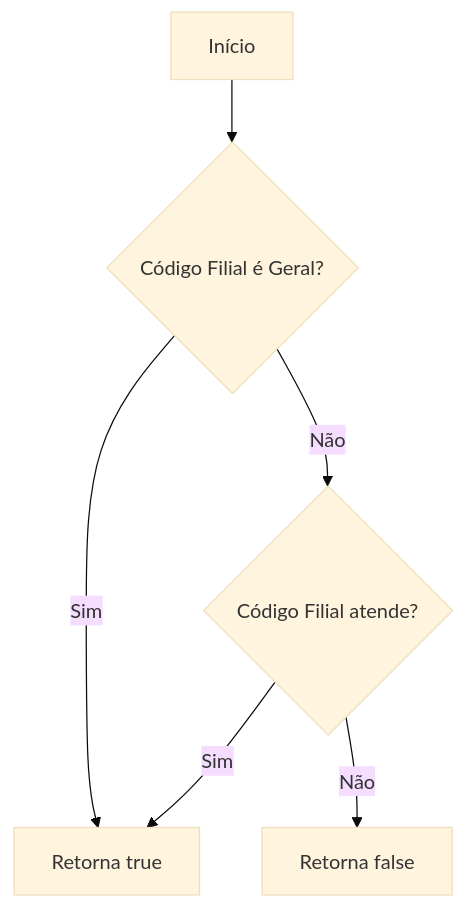
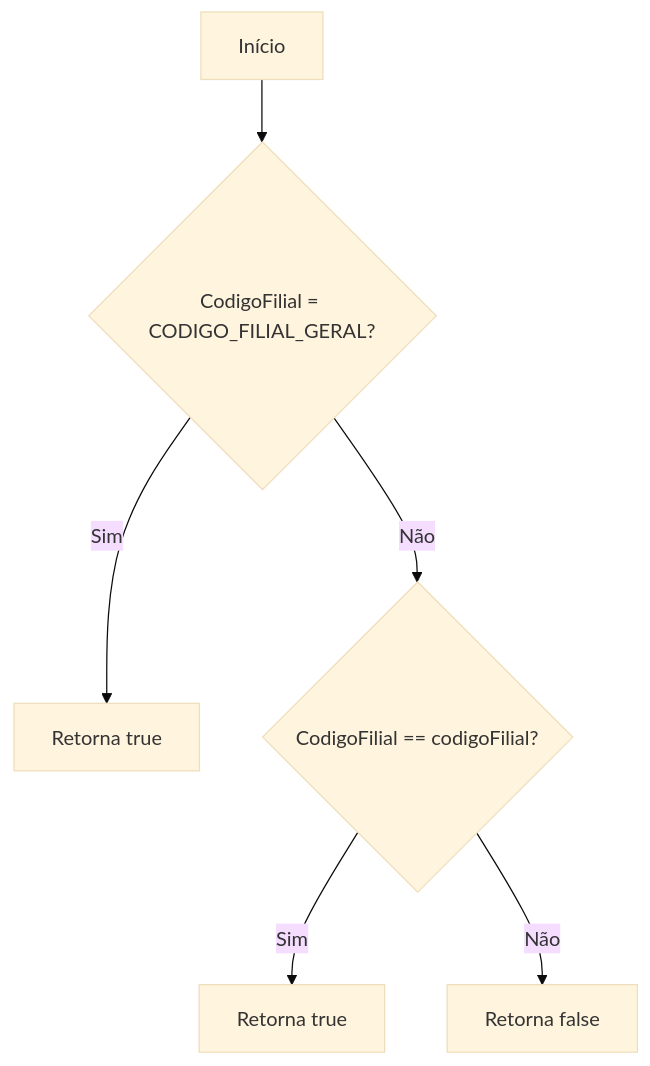
The first of 2 diagrams in docs/b2b-dominio/IsthmusWinthor.Nucleo/IsthmusWinthor.Dominio/POCO/Vendedor.md (IsthmusSistemas/documentacao-tecnica), drawn with Mermaid (base theme) before and after one commit. The commit also changed other lines of this file and 882 other files, not shown here.

````diff
--- a/docs/b2b-dominio/IsthmusWinthor.Nucleo/IsthmusWinthor.Dominio/POCO/Vendedor.md
+++ b/docs/b2b-dominio/IsthmusWinthor.Nucleo/IsthmusWinthor.Dominio/POCO/Vendedor.md
@@ -20,8 +19,8 @@
 ```mermaid
 flowchart TD
-    A[Início] --> B{Código Filial é Geral?}
+    A[Início] --> B{CodigoFilial = CODIGO_FILIAL_GERAL?}
     B -- Sim --> C[Retorna true]
-    B -- Não --> D{Código Filial atende?}
-    D -- Sim --> C[Retorna true]
-    D -- Não --> E[Retorna false]
+    B -- Não --> D{CodigoFilial == codigoFilial?}
+    D -- Sim --> E[Retorna true]
+    D -- Não --> F[Retorna false]
 ```
````
